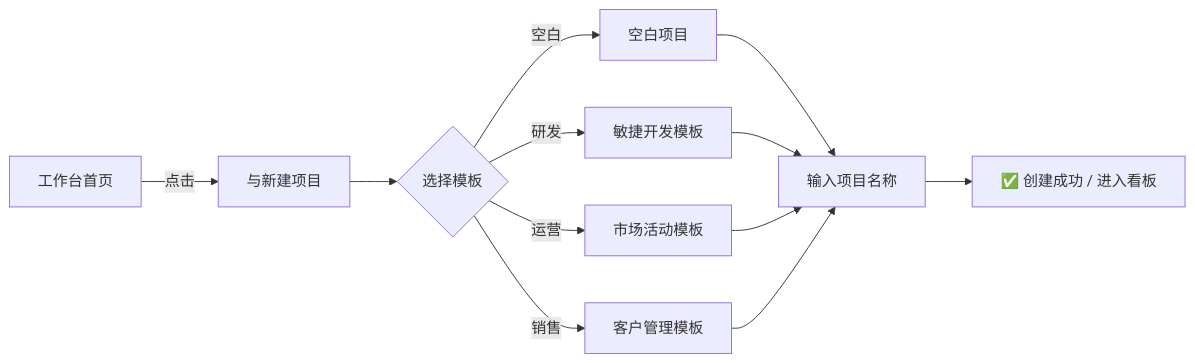
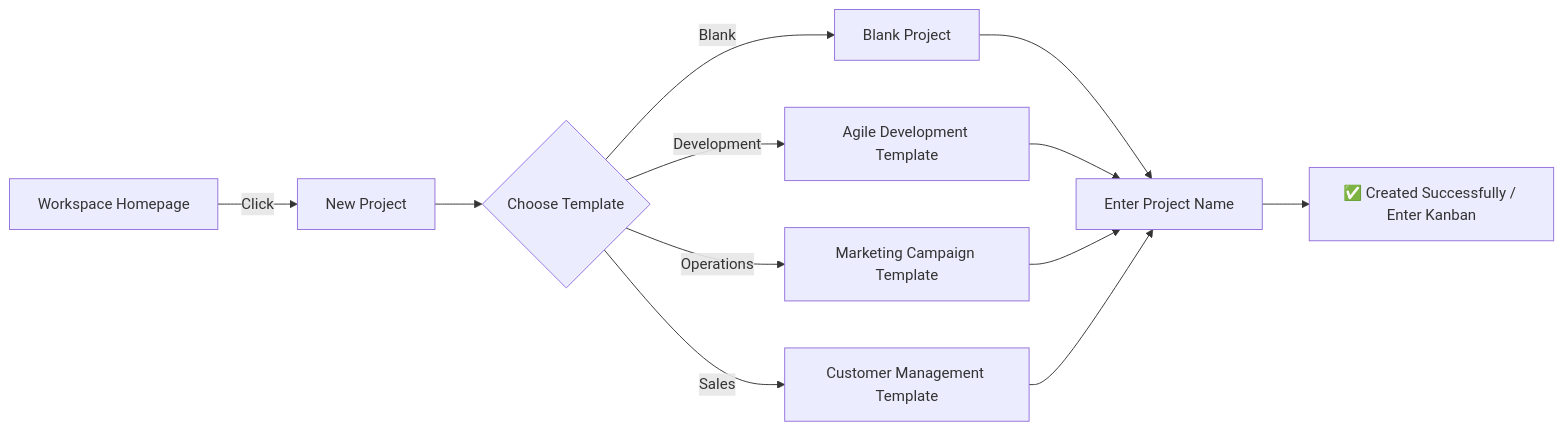
The third of 7 diagrams in templates/产品/运营层/【模板】用户手册.md (Kirky-X/cangjie), drawn with Mermaid before and after one commit. The commit also changed other lines of this file and 60 other files, not shown here.

````diff
--- a/templates/产品/运营层/【模板】用户手册.md
+++ b/templates/产品/运营层/【模板】用户手册.md
@@ -148,14 +148,14 @@
 ```mermaid
 flowchart LR
-    A[工作台首页] -->|点击| B[与新建项目]
-    B --> C{选择模板}
-    C -->|空白| D1[空白项目]
-    C -->|研发| D2[敏捷开发模板]
-    C -->|运营| D3[市场活动模板]
-    C -->|销售| D4[客户管理模板]
-    D1 --> E[输入项目名称]
-    D2 --> E[输入项目名称]
-    D3 --> E[输入项目名称]
-    D4 --> E[输入项目名称]
-    E --> F[✅ 创建成功 / 进入看板]
+    A[Workspace Homepage] -->|Click| B[New Project]
+    B --> C{Choose Template}
+    C -->|Blank| D1[Blank Project]
+    C -->|Development| D2[Agile Development Template]
+    C -->|Operations| D3[Marketing Campaign Template]
+    C -->|Sales| D4[Customer Management Template]
+    D1 --> E[Enter Project Name]
+    D2 --> E[Enter Project Name]
+    D3 --> E[Enter Project Name]
+    D4 --> E[Enter Project Name]
+    E --> F[✅ Created Successfully / Enter Kanban]
 ```
````
